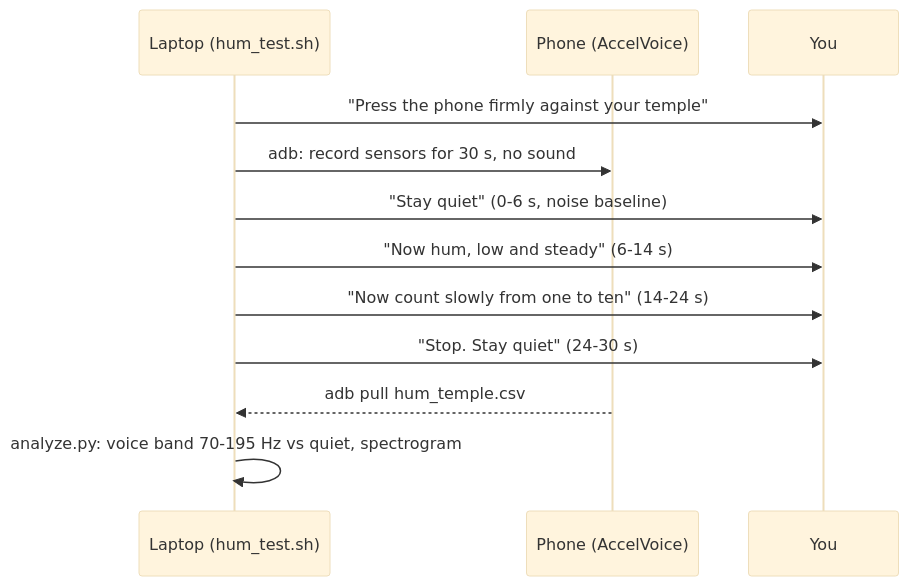
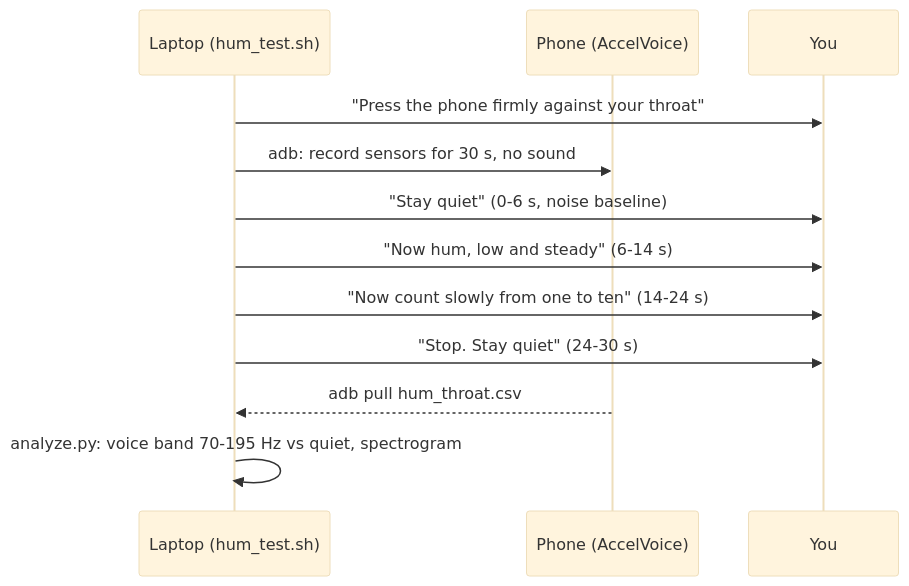
One commit to pradeeppc/accel-voice-temple-inspired changed the third of 4 diagrams in README.md. Above: the diagram before and after it, drawn with Mermaid (base theme). The commit also changed other lines of this file and 2 other files, not shown here.

First line of the commit message:
Show only the throat and cheekbone placements in the README

````diff
--- a/README.md
+++ b/README.md
@@ -162,14 +162,14 @@
 ```mermaid
 sequenceDiagram
     participant L as Laptop (hum_test.sh)
     participant P as Phone (AccelVoice)
     participant U as You
-    L->>U: "Press the phone firmly against your temple"
+    L->>U: "Press the phone firmly against your throat"
     L->>P: adb: record sensors for 30 s, no sound
     L->>U: "Stay quiet" (0-6 s, noise baseline)
     L->>U: "Now hum, low and steady" (6-14 s)
     L->>U: "Now count slowly from one to ten" (14-24 s)
     L->>U: "Stop. Stay quiet" (24-30 s)
-    P-->>L: adb pull hum_temple.csv
+    P-->>L: adb pull hum_throat.csv
     L->>L: analyze.py: voice band 70-195 Hz vs quiet, spectrogram
 ```
````
